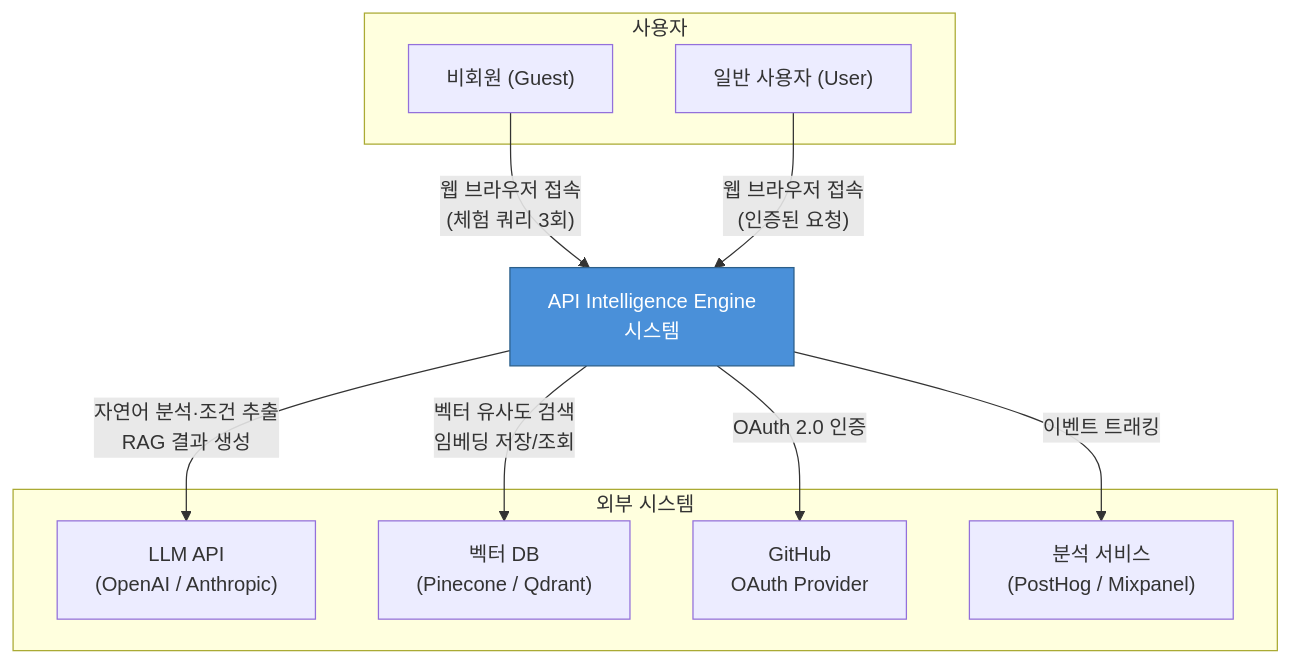
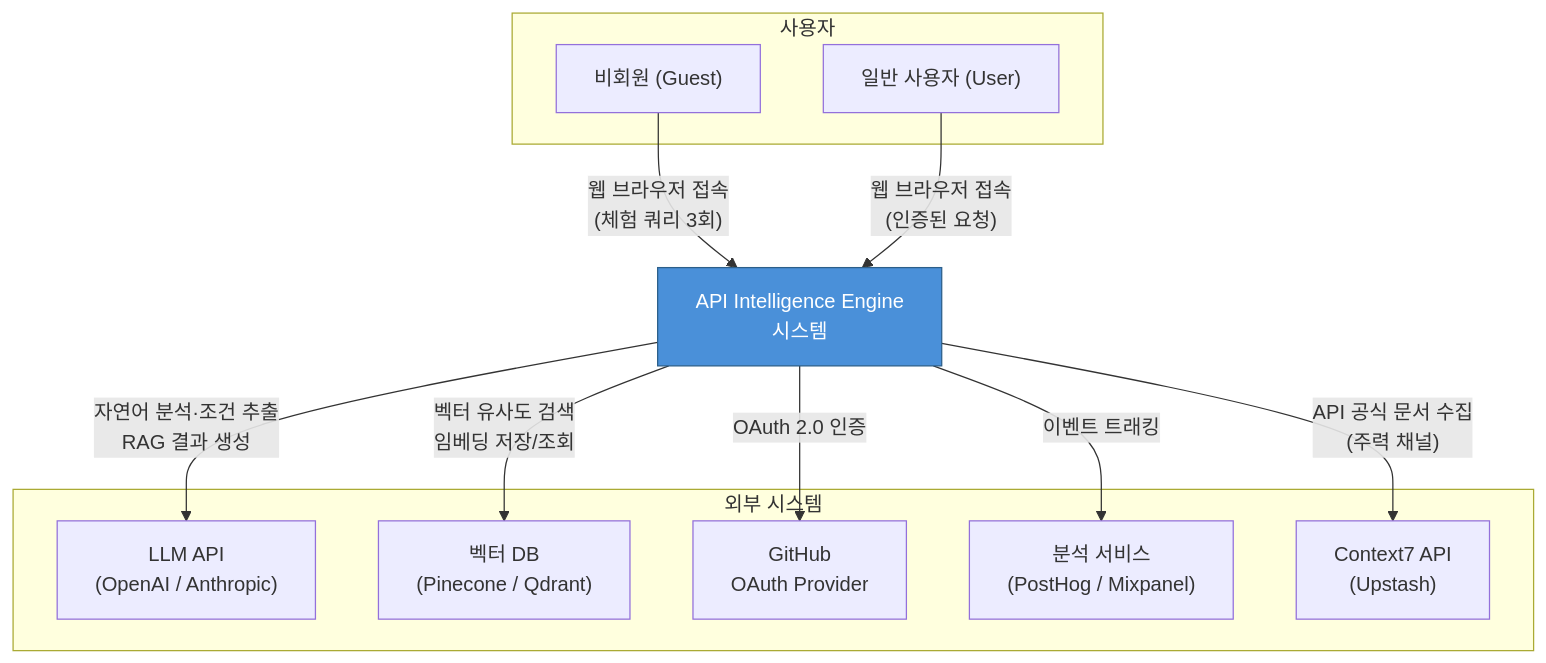
The first of 8 diagrams in docs/02-시스템설계/시스템아키텍처설계서-SAD.md (johunsang/api-intel), drawn with Mermaid before and after one commit. The commit also changed other lines of this file and 91 other files, not shown here.

````diff
--- a/docs/02-시스템설계/시스템아키텍처설계서-SAD.md
+++ b/docs/02-시스템설계/시스템아키텍처설계서-SAD.md
@@ -103,25 +103,27 @@
 ```mermaid
 flowchart TB
     subgraph 사용자
         GUEST["비회원 (Guest)"]
         USER["일반 사용자 (User)"]
     end
 
     subgraph 외부 시스템
         LLM_API["LLM API<br/>(OpenAI / Anthropic)"]
         VECTOR_DB["벡터 DB<br/>(Pinecone / Qdrant)"]
         GITHUB_OAUTH["GitHub<br/>OAuth Provider"]
         ANALYTICS["분석 서비스<br/>(PostHog / Mixpanel)"]
+        CTX7_EXT["Context7 API<br/>(Upstash)"]
     end
 
     SYS["API Intelligence Engine<br/>시스템"]
 
     GUEST -->|"웹 브라우저 접속<br/>(체험 쿼리 3회)"| SYS
     USER -->|"웹 브라우저 접속<br/>(인증된 요청)"| SYS
     SYS -->|"자연어 분석·조건 추출<br/>RAG 결과 생성"| LLM_API
     SYS -->|"벡터 유사도 검색<br/>임베딩 저장/조회"| VECTOR_DB
     SYS -->|"OAuth 2.0 인증"| GITHUB_OAUTH
     SYS -->|"이벤트 트래킹"| ANALYTICS
+    SYS -->|"API 공식 문서 수집<br/>(주력 채널)"| CTX7_EXT
 
     style SYS fill:#4A90D9,color:#fff,stroke:#2C5F8A
 ```
````
